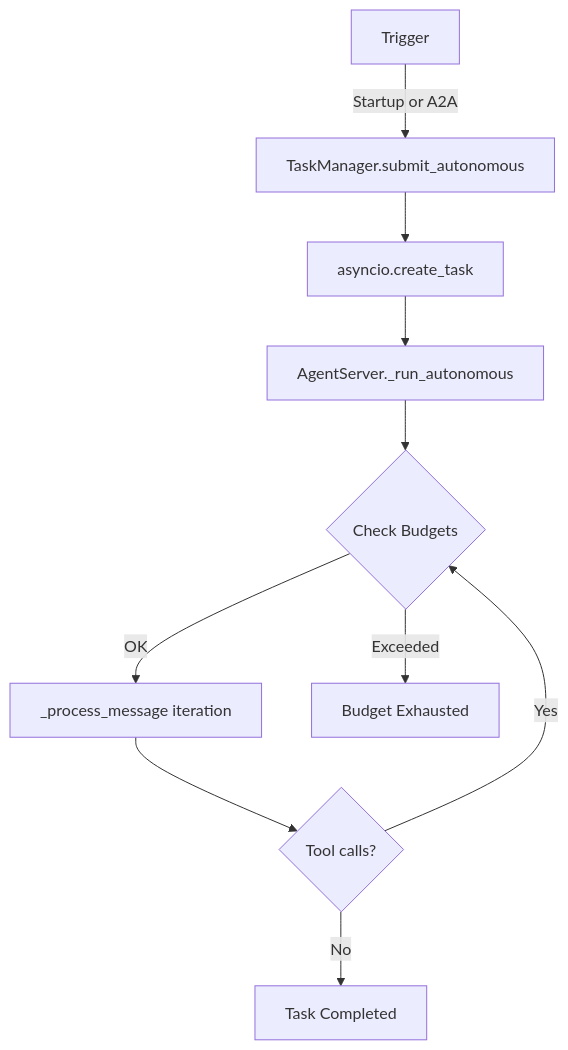
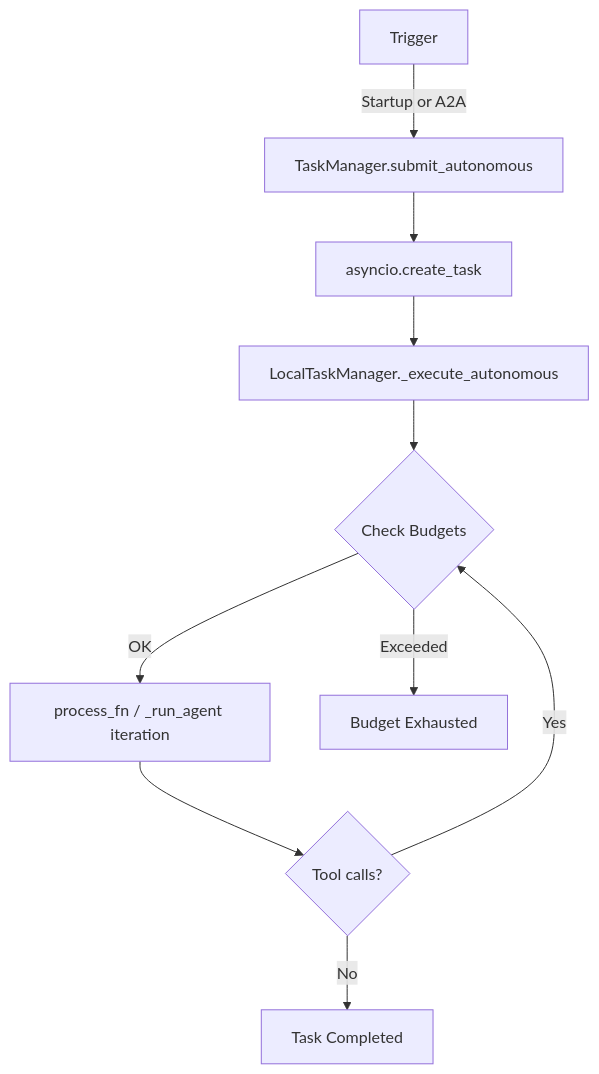
Before and after one commit to axsaucedo/kaos: the diagram in docs/python-framework/autonomous.md, drawn with Mermaid. The commit also changed other lines of this file and 2 other files, not shown here.

Commit message:
docs: update architecture docs for _run_agent and TaskManager loop ownership
- autonomous.md: updated mermaid diagram for LocalTaskManager._execute_autonomous
- python.instructions.md: _run_agent helper, ProcessFn type, TaskManager loop ownership
- copilot-instructions.md: _run_agent replaces _run_autonomous

````diff
--- a/docs/python-framework/autonomous.md
+++ b/docs/python-framework/autonomous.md
@@ -172,12 +172,12 @@
 ```mermaid
 graph TD
     A[Trigger] -->|Startup or A2A| B[TaskManager.submit_autonomous]
     B --> C[asyncio.create_task]
-    C --> D[AgentServer._run_autonomous]
+    C --> D[LocalTaskManager._execute_autonomous]
     D --> E{Check Budgets}
-    E -->|OK| F[_process_message iteration]
+    E -->|OK| F[process_fn / _run_agent iteration]
     F --> G{Tool calls?}
     G -->|Yes| E
     G -->|No| H[Task Completed]
     E -->|Exceeded| I[Budget Exhausted]
 ```
````
